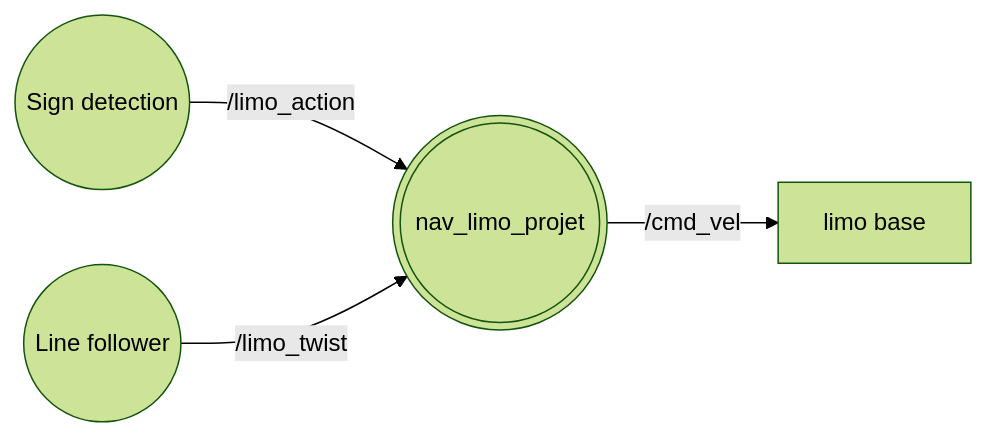
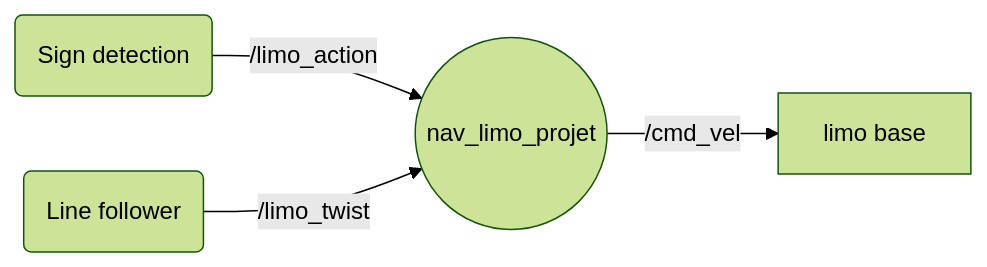
Before and after one commit to idwessough/autonomous-driving: the first of 5 diagrams in README.md, drawn with Mermaid (forest theme). The commit also changed other lines of this file, not shown here.

````diff
--- a/README.md
+++ b/README.md
@@ -84,7 +84,7 @@
 ```mermaid
 graph LR
-    T1((Sign detection)) -- /limo_action --> Node(((nav_limo_projet)))
-    T2((Line follower)) -- /limo_twist --> Node(((nav_limo_projet)))
+    T1(Sign detection) -- /limo_action --> Node((nav_limo_projet))
+    T2(Line follower) -- /limo_twist --> Node((nav_limo_projet))
 
     Node -- /cmd_vel -->D[limo base]
 ```
````
